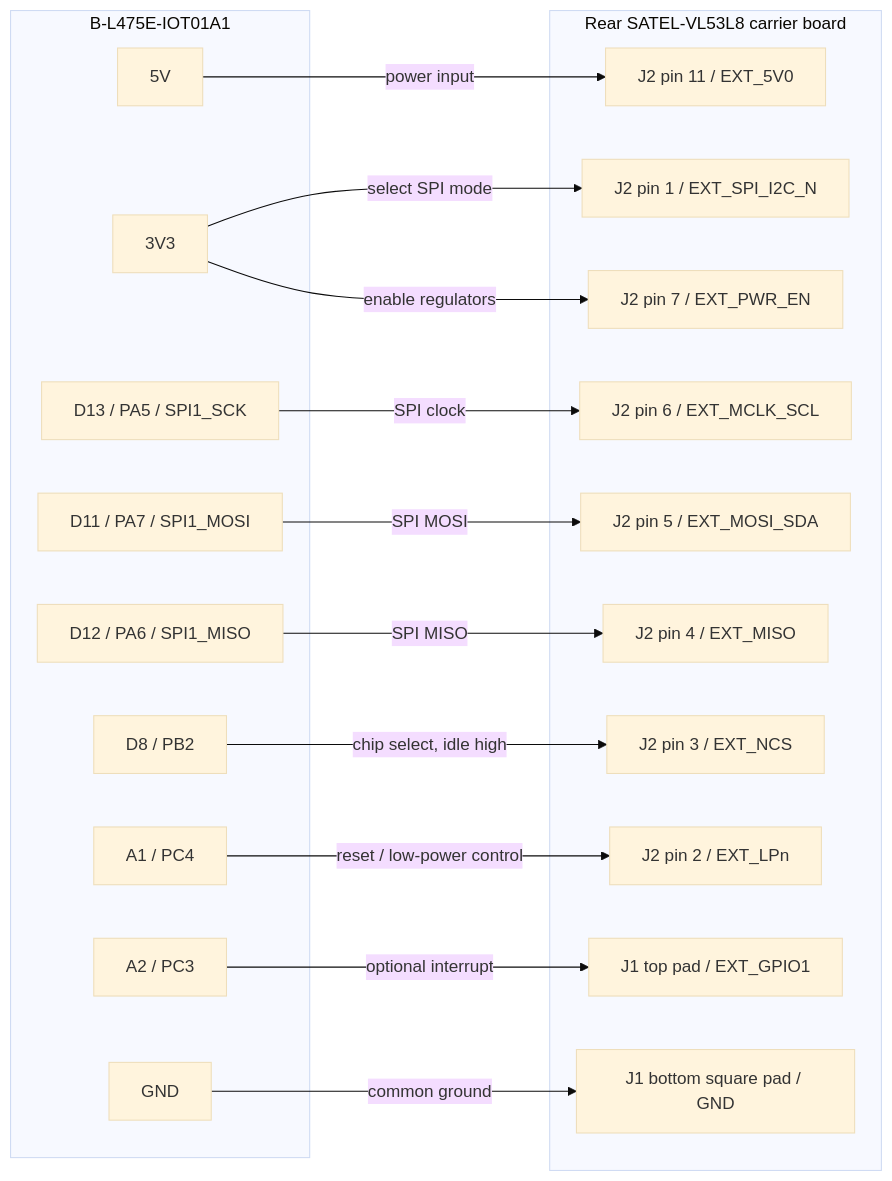
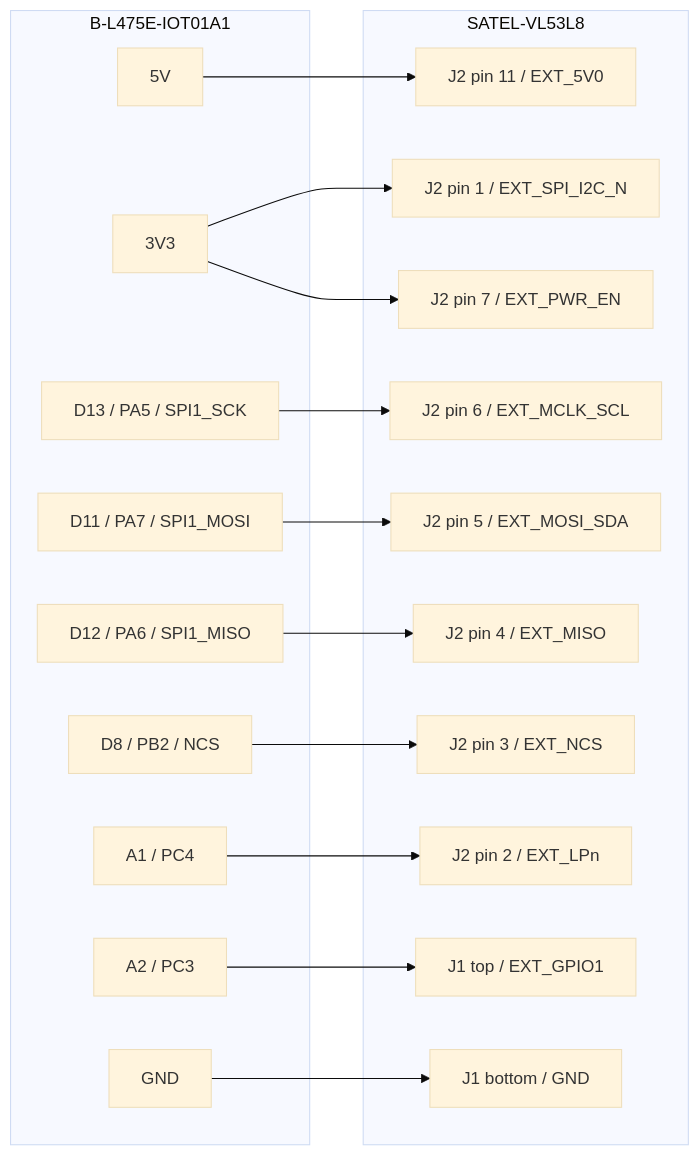
The second of 2 diagrams in firmware/stm32-mcp/docs/dev/10-vl53l8-satel-bringup.md (JuneJulyAugust/openotter), drawn with Mermaid (base theme) before and after one commit. The commit also changed other lines of this file, not shown here.

Commit message:
Docs: Reorganize VL53L8 SATEL bring-up

````diff
--- a/firmware/stm32-mcp/docs/dev/10-vl53l8-satel-bringup.md
+++ b/firmware/stm32-mcp/docs/dev/10-vl53l8-satel-bringup.md
@@ -228,38 +215,38 @@
 ```mermaid
 flowchart LR
     subgraph IOT["B-L475E-IOT01A1"]
         I5V["5V"]
         I3V3["3V3"]
         IGND["GND"]
         D13["D13 / PA5 / SPI1_SCK"]
         D11["D11 / PA7 / SPI1_MOSI"]
         D12["D12 / PA6 / SPI1_MISO"]
-        D8["D8 / PB2"]
+        D8["D8 / PB2 / NCS"]
         IA2["A2 / PC3"]
         IA1["A1 / PC4"]
     end
 
-    subgraph SATEL["Rear SATEL-VL53L8 carrier board"]
+    subgraph SATEL["SATEL-VL53L8"]
         P11["J2 pin 11 / EXT_5V0"]
         P1["J2 pin 1 / EXT_SPI_I2C_N"]
         P7["J2 pin 7 / EXT_PWR_EN"]
         P6["J2 pin 6 / EXT_MCLK_SCL"]
         P5["J2 pin 5 / EXT_MOSI_SDA"]
         P4["J2 pin 4 / EXT_MISO"]
         P3["J2 pin 3 / EXT_NCS"]
         P2["J2 pin 2 / EXT_LPn"]
-        J1TOP["J1 top pad / EXT_GPIO1"]
-        J1GND["J1 bottom square pad / GND"]
+        J1TOP["J1 top / EXT_GPIO1"]
+        J1GND["J1 bottom / GND"]
     end
 
-    I5V -->|"power input"| P11
-    I3V3 -->|"select SPI mode"| P1
-    I3V3 -->|"enable regulators"| P7
-    D13 -->|"SPI clock"| P6
-    D11 -->|"SPI MOSI"| P5
-    D12 -->|"SPI MISO"| P4
-    D8 -->|"chip select, idle high"| P3
-    IA1 -->|"reset / low-power control"| P2
-    IA2 -->|"optional interrupt"| J1TOP
-    IGND -->|"common ground"| J1GND
+    I5V --> P11
+    I3V3 --> P1
+    I3V3 --> P7
+    D13 --> P6
+    D11 --> P5
+    D12 --> P4
+    D8 --> P3
+    IA1 --> P2
+    IA2 --> J1TOP
+    IGND --> J1GND
 ```
````
